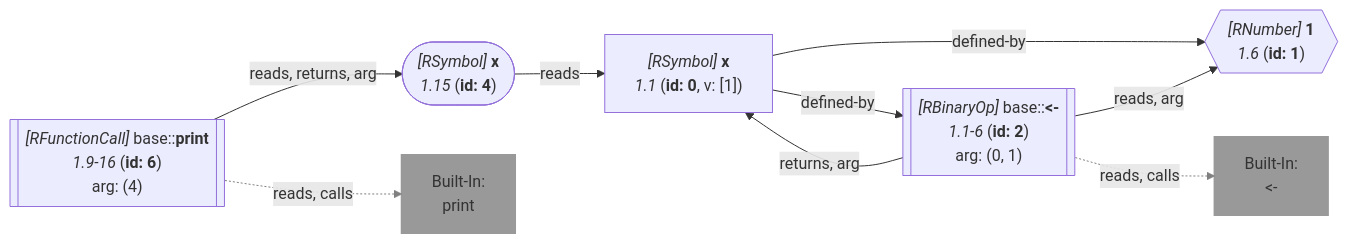
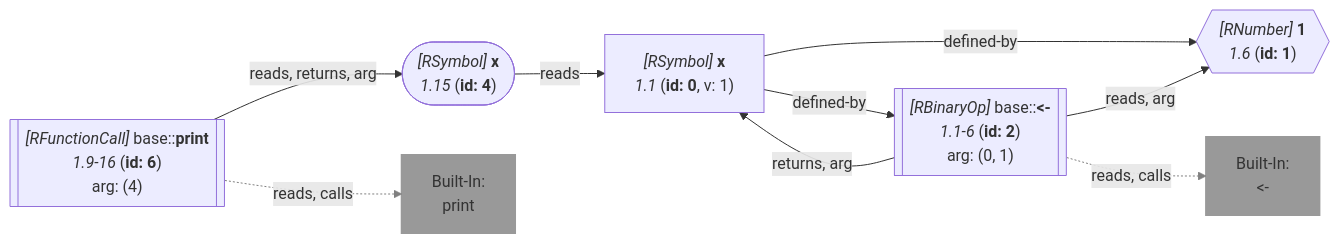
Before and after one commit to flowr-analysis/flowr: the second of 2 diagrams in wiki/Core.md, drawn with Mermaid. The commit also changed other lines of this file and 134 other files, not shown here.

````diff
--- a/wiki/Core.md
+++ b/wiki/Core.md
@@ -388,32 +388,32 @@
 ```mermaid
 flowchart LR
     1{{"`*#91;RNumber#93;* **1**
       *1.6* (**id: 1**)`"}}
    %% No edges found for 1
     0["`*#91;RSymbol#93;* **x**
-      *1.1* (**id: 0**, v: [1])`"]
+      *1.1* (**id: 0**, v: 1)`"]
     2[["`*#91;RBinaryOp#93;* base#58;#58;**#60;#45;**
       *1.1-6* (**id: 2**)
     arg: (0, 1)`"]]
     built-in:_-["`Built-In:
 #60;#45;`"]
     style built-in:_- stroke:gray,fill:gray,stroke-width:2px,opacity:.8;
     4(["`*#91;RSymbol#93;* **x**
       *1.15* (**id: 4**)`"])
     6[["`*#91;RFunctionCall#93;* base#58;#58;**print**
       *1.9-16* (**id: 6**)
     arg: (4)`"]]
     built-in:print["`Built-In:
 print`"]
     style built-in:print stroke:gray,fill:gray,stroke-width:2px,opacity:.8;
     0 -->|"defined-by"| 1
     0 -->|"defined-by"| 2
     2 -->|"reads, arg"| 1
     2 -->|"returns, arg"| 0
     2 -.->|"reads, calls"| built-in:_-
     linkStyle 4 stroke:gray;
     4 -->|"reads"| 0
     6 -->|"reads, returns, arg"| 4
     6 -.->|"reads, calls"| built-in:print
     linkStyle 7 stroke:gray;
 ```
````
